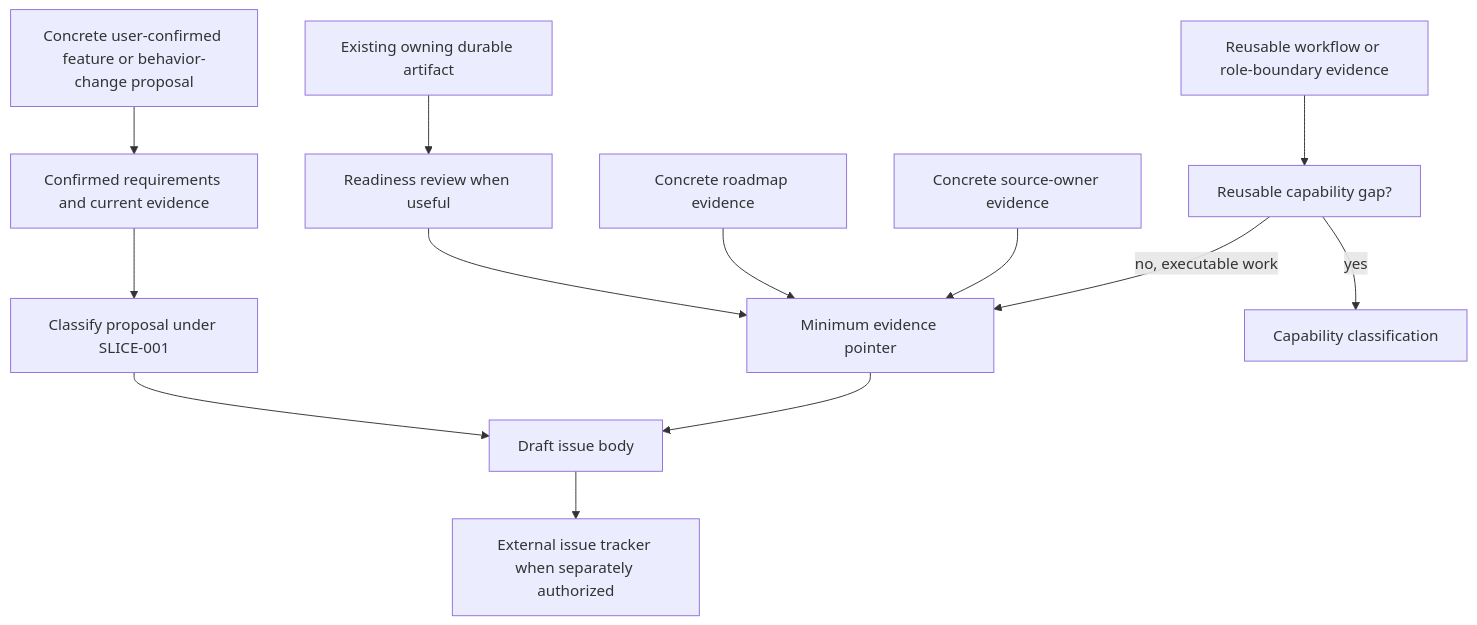
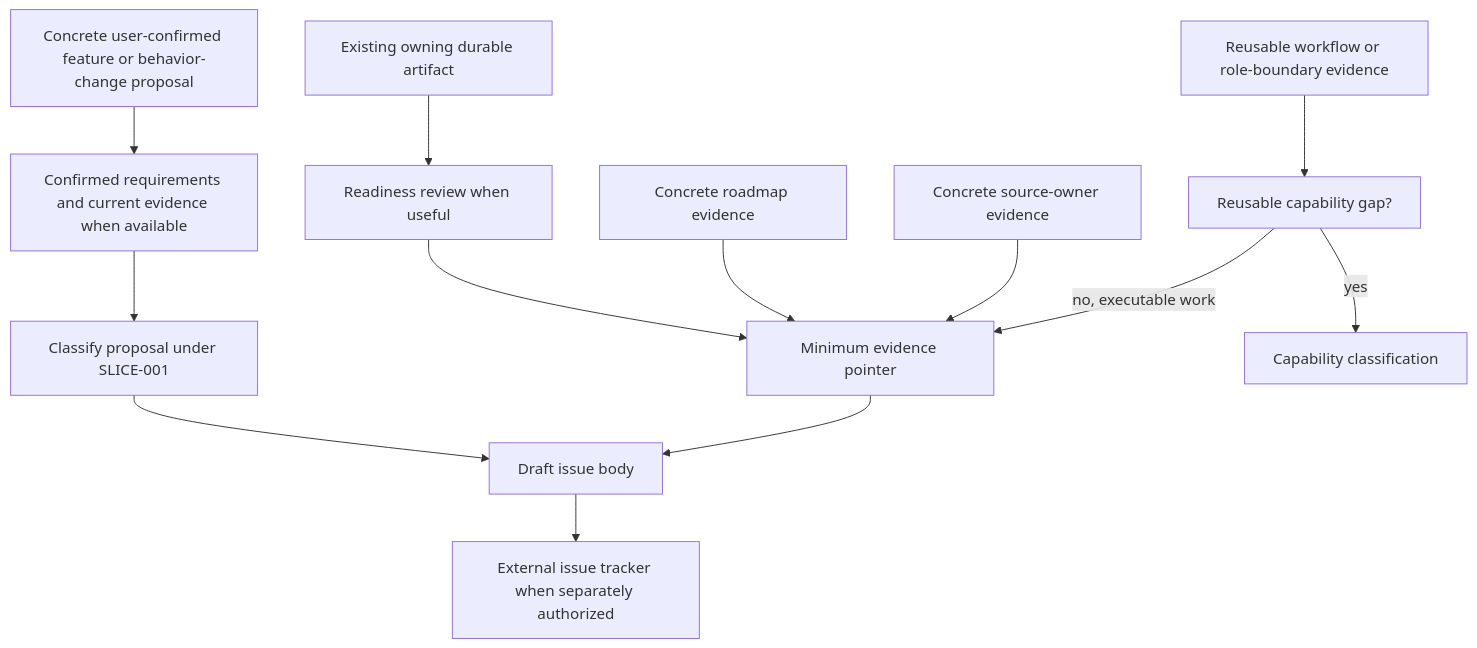
Before and after one commit to ryumiel/devcanon: the fourth of 12 diagrams in docs/guidelines/portable-afds-user-procedure-map.md, drawn with Mermaid. The commit also changed other lines of this file, not shown here.

````diff
--- a/docs/guidelines/portable-afds-user-procedure-map.md
+++ b/docs/guidelines/portable-afds-user-procedure-map.md
@@ -118,15 +118,15 @@
 ```mermaid
 flowchart TD
   existing["Existing owning durable artifact"] --> readiness["Readiness review when useful"]
   readiness --> pointer["Minimum evidence pointer"]
-  proposal["Concrete user-confirmed feature or behavior-change proposal"] --> proposalCheck["Confirmed requirements and current evidence"]
+  proposal["Concrete user-confirmed feature or behavior-change proposal"] --> proposalCheck["Confirmed requirements and current evidence when available"]
   proposalCheck --> proposalRoute["Classify proposal under SLICE-001"]
   proposalRoute --> slice
   roadmap["Concrete roadmap evidence"] --> pointer
   source["Concrete source-owner evidence"] --> pointer
   guideline["Reusable workflow or role-boundary evidence"] --> reusable["Reusable capability gap?"]
   reusable -->|yes| classify["Capability classification"]
   reusable -->|no, executable work| pointer
   pointer --> slice["Draft issue body"]
   slice --> tracker["External issue tracker when separately authorized"]
 ```
````
